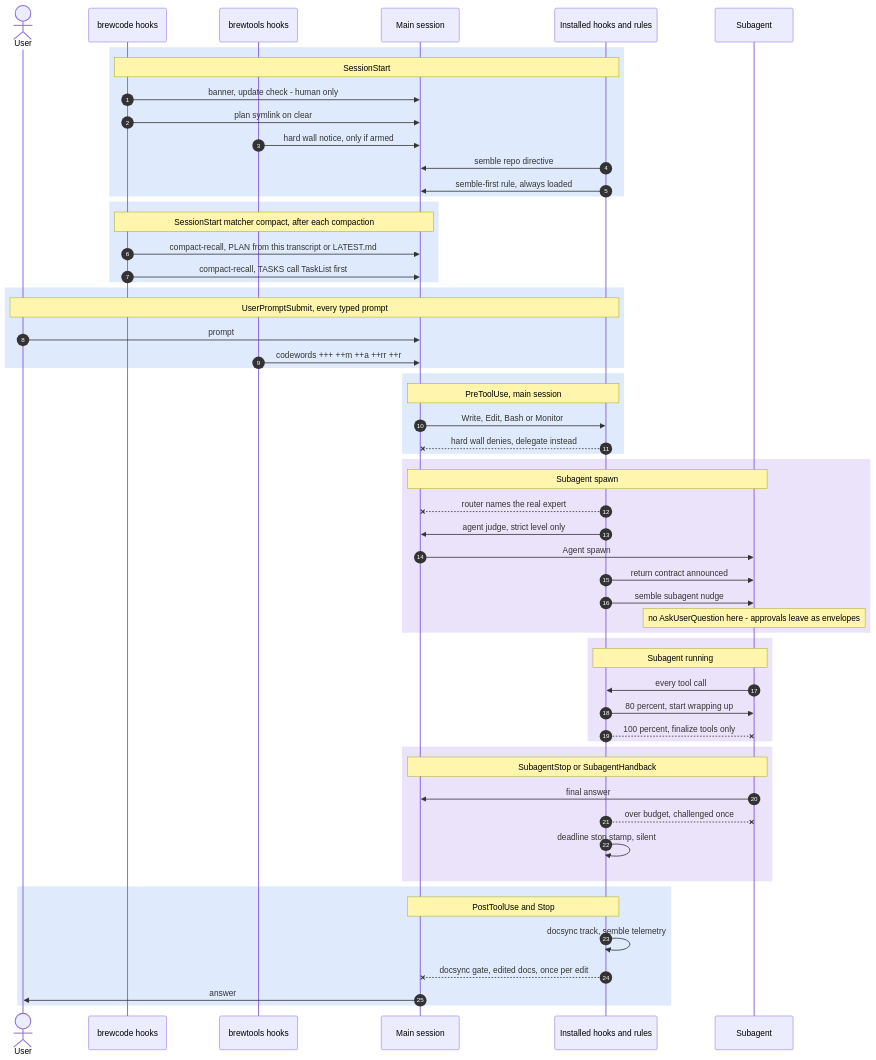
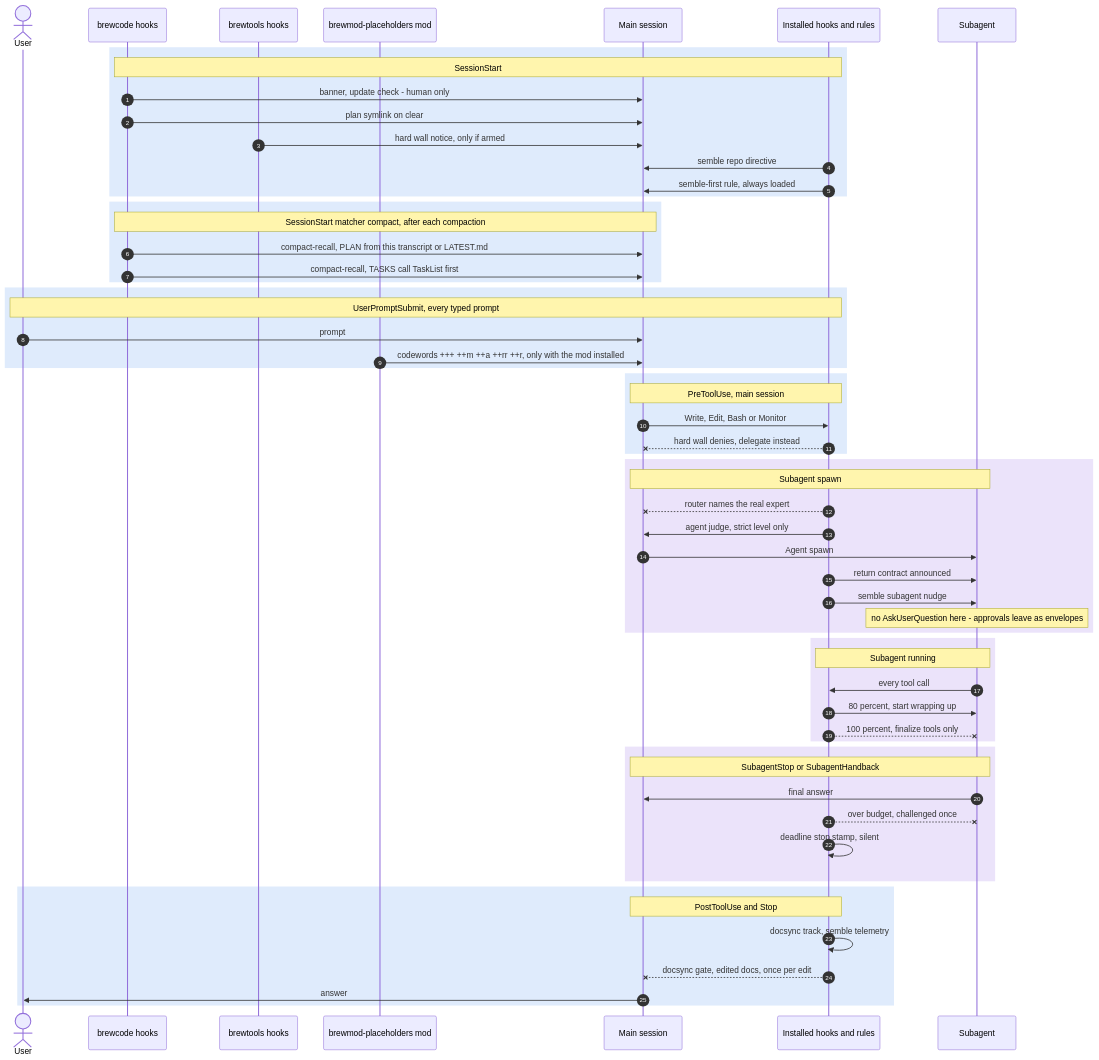
Before and after one commit to kochetkov-ma/claude-brewcode: the second of 2 diagrams in APPROACHES.md, drawn with Mermaid. The commit also changed other lines of this file and 5 other files, not shown here.

Commit message:
docs(brewtools): descriptions and references name brewmod-placeholders as the codeword provider

````diff
--- a/APPROACHES.md
+++ b/APPROACHES.md
@@ -81,68 +81,69 @@
 ```mermaid
 sequenceDiagram
   autonumber
   actor U as User
   participant BC as brewcode hooks
   participant BT as brewtools hooks
+  participant PM as brewmod-placeholders mod
   participant MS as Main session
   participant PH as Installed hooks and rules
   participant SA as Subagent
 
   rect rgba(31,111,235,0.14)
     Note over BC,PH: SessionStart
     BC->>MS: banner, update check - human only
     BC->>MS: plan symlink on clear
     BT->>MS: hard wall notice, only if armed
     PH->>MS: semble repo directive
     PH->>MS: semble-first rule, always loaded
   end
 
   rect rgba(31,111,235,0.14)
     Note over BC,MS: SessionStart matcher compact, after each compaction
     BC->>MS: compact-recall, PLAN from this transcript or LATEST.md
     BC->>MS: compact-recall, TASKS call TaskList first
   end
 
   rect rgba(31,111,235,0.14)
     Note over U,PH: UserPromptSubmit, every typed prompt
     U->>MS: prompt
-    BT->>MS: codewords +++ ++m ++a ++rr ++r
+    PM->>MS: codewords +++ ++m ++a ++rr ++r, only with the mod installed
   end
 
   rect rgba(31,111,235,0.14)
     Note over MS,PH: PreToolUse, main session
     MS->>PH: Write, Edit, Bash or Monitor
     PH--xMS: hard wall denies, delegate instead
   end
 
   rect rgba(130,80,223,0.16)
     Note over MS,SA: Subagent spawn
     PH--xMS: router names the real expert
     PH->>MS: agent judge, strict level only
     MS->>SA: Agent spawn
     PH->>SA: return contract announced
     PH->>SA: semble subagent nudge
     Note over SA: no AskUserQuestion here - approvals leave as envelopes
   end
 
   rect rgba(130,80,223,0.16)
     Note over PH,SA: Subagent running
     SA->>PH: every tool call
     PH->>SA: 80 percent, start wrapping up
     PH--xSA: 100 percent, finalize tools only
   end
 
   rect rgba(130,80,223,0.16)
     Note over MS,SA: SubagentStop or SubagentHandback
     SA->>MS: final answer
     PH--xSA: over budget, challenged once
     PH->>PH: deadline stop stamp, silent
   end
 
   rect rgba(31,111,235,0.14)
     Note over MS,PH: PostToolUse and Stop
     PH->>PH: docsync track, semble telemetry
     PH--xMS: docsync gate, edited docs, once per edit
     MS->>U: answer
   end
 ```
````
